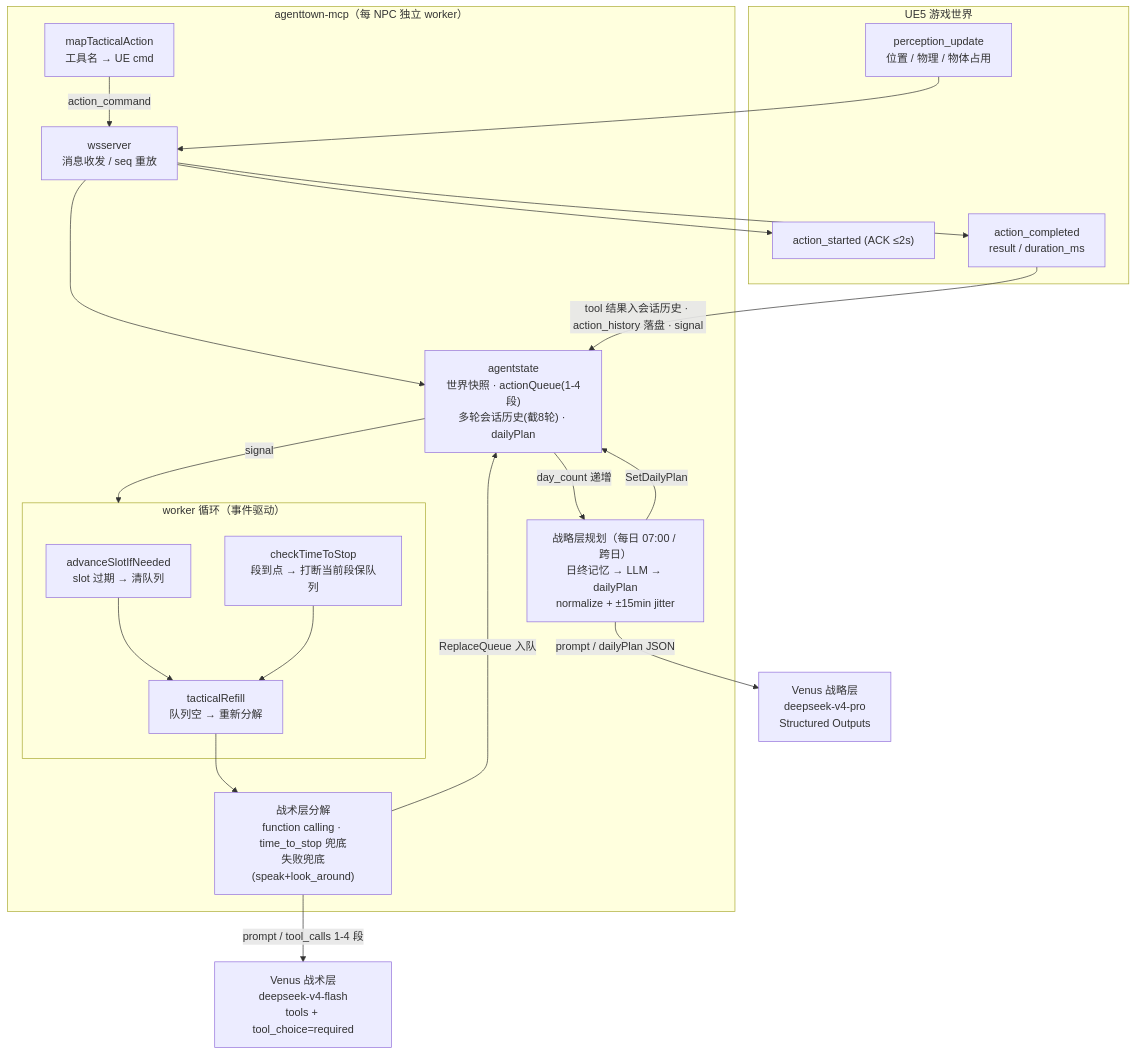
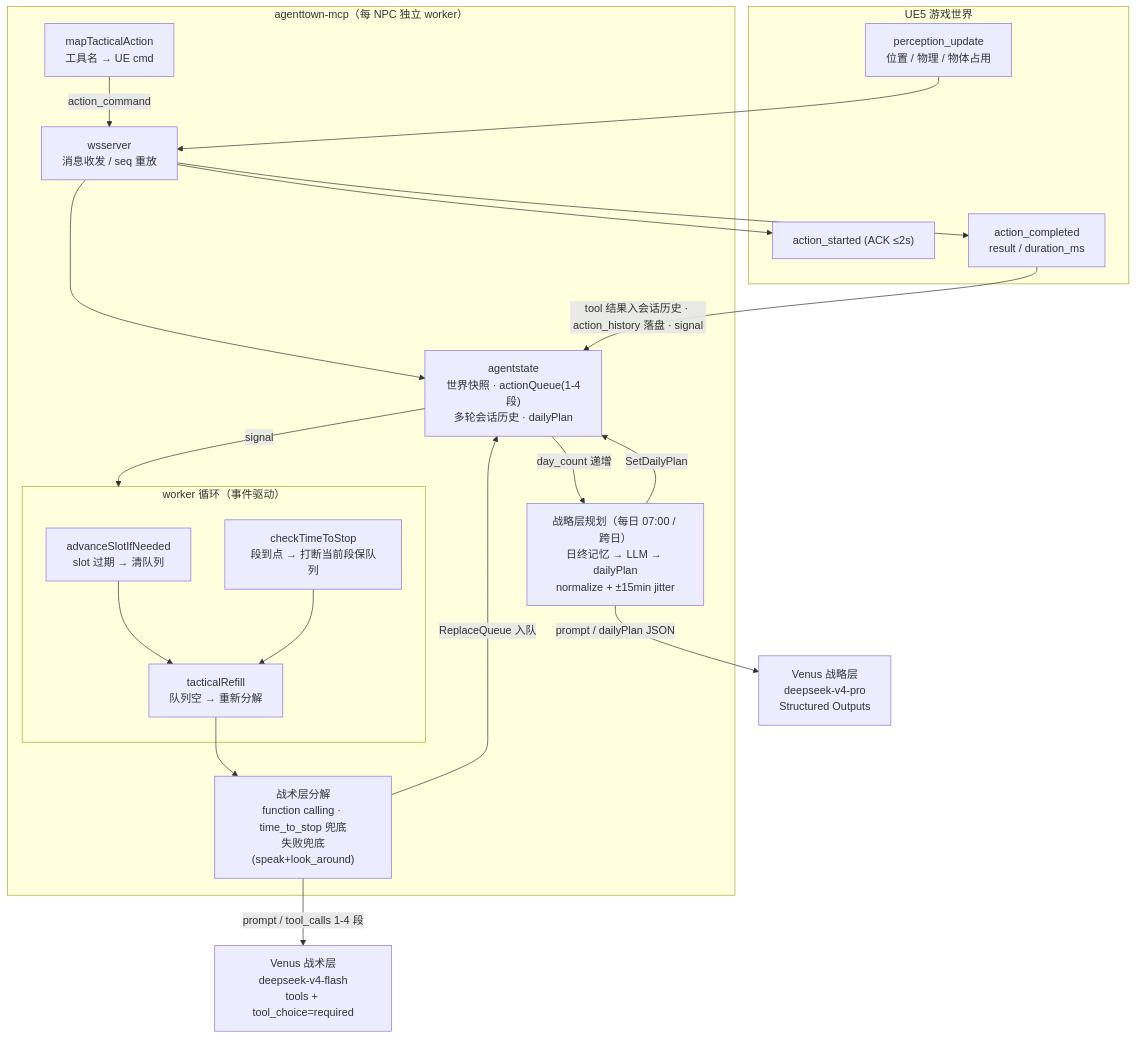
Before and after one commit to yitian-chen/SmartNPC: the diagram in README.md, drawn with Mermaid. The commit also changed other lines of this file, not shown here.

````diff
--- a/README.md
+++ b/README.md
@@ -37,48 +37,48 @@
 ```mermaid
 flowchart TB
     subgraph UE5["UE5 游戏世界"]
         P["perception_update<br/>位置 / 物理 / 物体占用"]
         ACK["action_started (ACK ≤2s)"]
         DONE["action_completed<br/>result / duration_ms"]
     end
 
     subgraph MCP["agenttown-mcp（每 NPC 独立 worker）"]
         WS["wsserver<br/>消息收发 / seq 重放"]
-        AS["agentstate<br/>世界快照 · actionQueue(1-4段)<br/>多轮会话历史(截8轮) · dailyPlan"]
+        AS["agentstate<br/>世界快照 · actionQueue(1-4段)<br/>多轮会话历史 · dailyPlan"]
 
         subgraph W["worker 循环（事件驱动）"]
             ADV["advanceSlotIfNeeded<br/>slot 过期 → 清队列"]
             CHK["checkTimeToStop<br/>段到点 → 打断当前段保队列"]
             REF["tacticalRefill<br/>队列空 → 重新分解"]
         end
 
         TAC["战术层分解<br/>function calling · time_to_stop 兜底<br/>失败兜底(speak+look_around)"]
         STR["战略层规划（每日 07:00 / 跨日）<br/>日终记忆 → LLM → dailyPlan<br/>normalize + ±15min jitter"]
         MAP["mapTacticalAction<br/>工具名 → UE cmd"]
     end
 
     VT["Venus 战术层<br/>deepseek-v4-flash<br/>tools + tool_choice=required"]
     VS["Venus 战略层<br/>deepseek-v4-pro<br/>Structured Outputs"]
 
     %% 感知流
     P --> WS --> AS
     AS -->|"signal"| W
 
     %% 战术决策流
     ADV --> REF
     CHK --> REF
     REF --> TAC
     TAC -->|"prompt / tool_calls 1-4 段"| VT
     TAC -->|"ReplaceQueue 入队"| AS
 
     %% 战略决策流
     AS -->|"day_count 递增"| STR
     STR -->|"prompt / dailyPlan JSON"| VS
     STR -->|"SetDailyPlan"| AS
 
     %% 执行流
     MAP -->|"action_command"| WS
     WS --> ACK
     WS --> DONE
     DONE -->|"tool 结果入会话历史 · action_history 落盘 · signal"| AS
 ```
````
